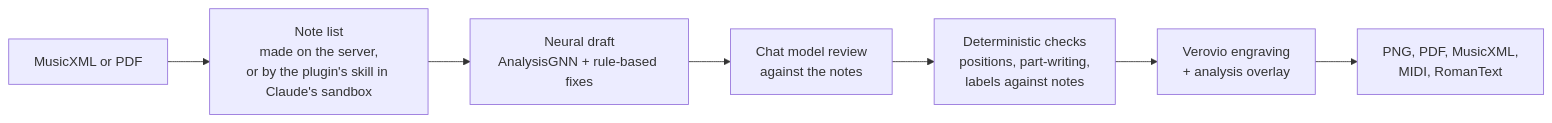
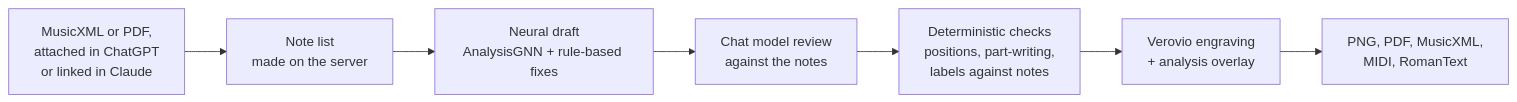
One commit to Vedat-Ozkan/sheet-music-analysis changed the diagram in README.md. Above: the diagram before and after it, drawn with Mermaid. The commit also changed other lines of this file and 83 other files, not shown here.

First line of the commit message:
Plugin 1.9.0: a link-only skill, no scripts; play takes a score_id; draft_from_notes removed

````diff
--- a/README.md
+++ b/README.md
@@ -33,9 +33,9 @@
 ```mermaid
 flowchart LR
-    A[MusicXML or PDF] --> B[Note list<br/>made on the server,<br/>or by the plugin's skill in Claude's sandbox]
+    A[MusicXML or PDF,<br/>attached in ChatGPT<br/>or linked in Claude] --> B[Note list<br/>made on the server]
     B --> C[Neural draft<br/>AnalysisGNN + rule-based fixes]
     C --> D[Chat model review<br/>against the notes]
     D --> E[Deterministic checks<br/>positions, part-writing,<br/>labels against notes]
     E --> F[Verovio engraving<br/>+ analysis overlay]
     F --> G[PNG, PDF, MusicXML,<br/>MIDI, RomanText]
 ```
````
